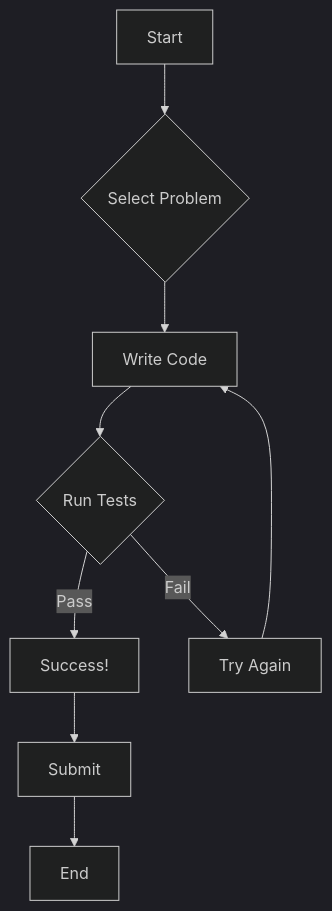
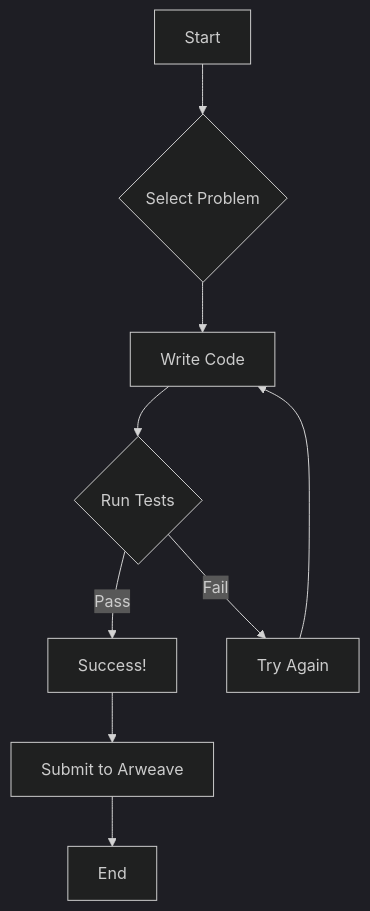
The diagram in README.md (IshitaPathak/leetcode-for-ao), drawn with Mermaid (dark theme) before and after one commit. The commit also changed other lines of this file, not shown here.

````diff
--- a/README.md
+++ b/README.md
@@ -180,11 +196,11 @@
 ```mermaid
 graph TD
     A[Start] --> B{Select Problem};
     B --> C[Write Code];
     C --> D{Run Tests};
     D -- Pass --> E[Success!];
     D -- Fail --> F[Try Again];
-    E --> G[Submit];
+    E --> G[Submit to Arweave];
     F --> C;
     G --> H[End];
 ```
````
